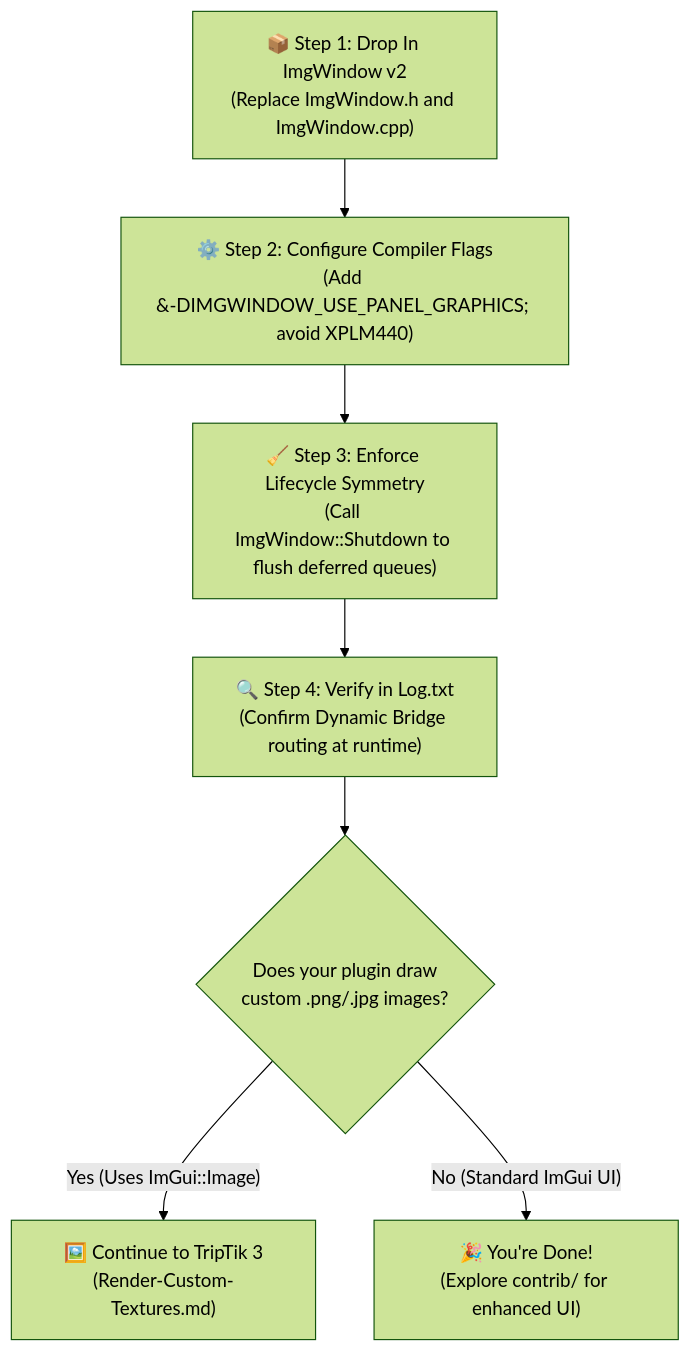
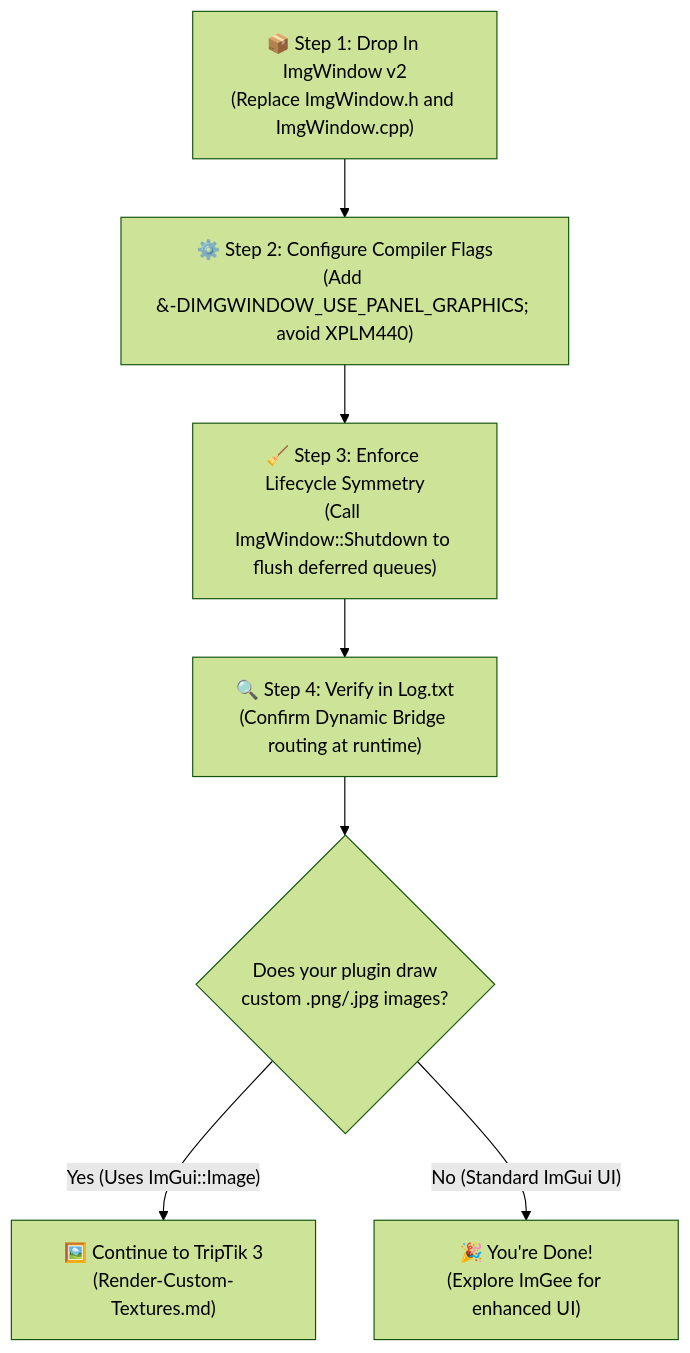
One commit to slgoldberg/ImgWindow changed the diagram in docs/how-to/Support-Panel-Graphics.md. Above: the diagram before and after it, drawn with Mermaid (forest theme). The commit also changed other lines of this file and 8 other files, not shown here.

First line of the commit message:
docs(rebrand): update Contrib UX references to ImGee and rebuild User Guide PDF

````diff
--- a/docs/how-to/Support-Panel-Graphics.md
+++ b/docs/how-to/Support-Panel-Graphics.md
@@ -14,12 +14,12 @@
 ```mermaid
 flowchart TD
     Stop1["📦 Step 1: Drop In ImgWindow v2\n(Replace ImgWindow.h and ImgWindow.cpp)"]
     Stop2["⚙️ Step 2: Configure Compiler Flags\n(Add &#8209;DIMGWINDOW_USE_PANEL_GRAPHICS; avoid XPLM440)"]
     Stop3["🧹 Step 3: Enforce Lifecycle Symmetry\n(Call ImgWindow::Shutdown to flush deferred queues)"]
     Stop4["🔍 Step 4: Verify in Log.txt\n(Confirm Dynamic Bridge routing at runtime)"]
     Fork{"Does your plugin draw\ncustom .png/.jpg images?"}
 
     Stop1 --> Stop2 --> Stop3 --> Stop4 --> Fork
     Fork -->|"Yes (Uses ImGui::Image)"| Stop5["🖼️ Continue to TripTik 3\n(Render-Custom-Textures.md)"]
-    Fork -->|"No (Standard ImGui UI)"| Stop6["🎉 You're Done!\n(Explore contrib/ for enhanced UI)"]
+    Fork -->|"No (Standard ImGui UI)"| Stop6["🎉 You're Done!\n(Explore ImGee for enhanced UI)"]
 ```
````
